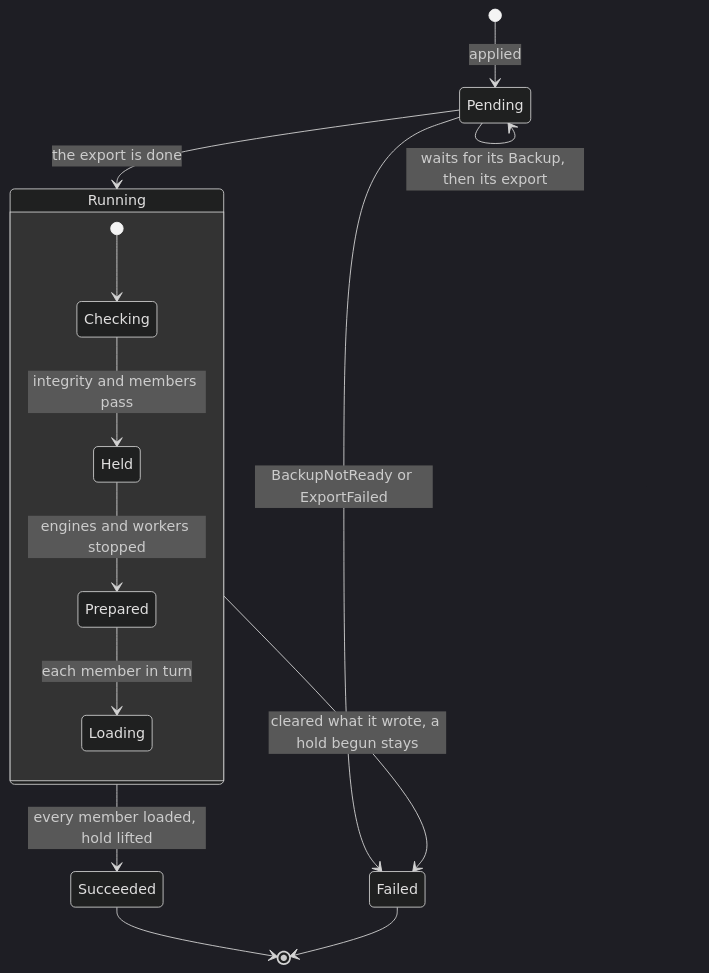
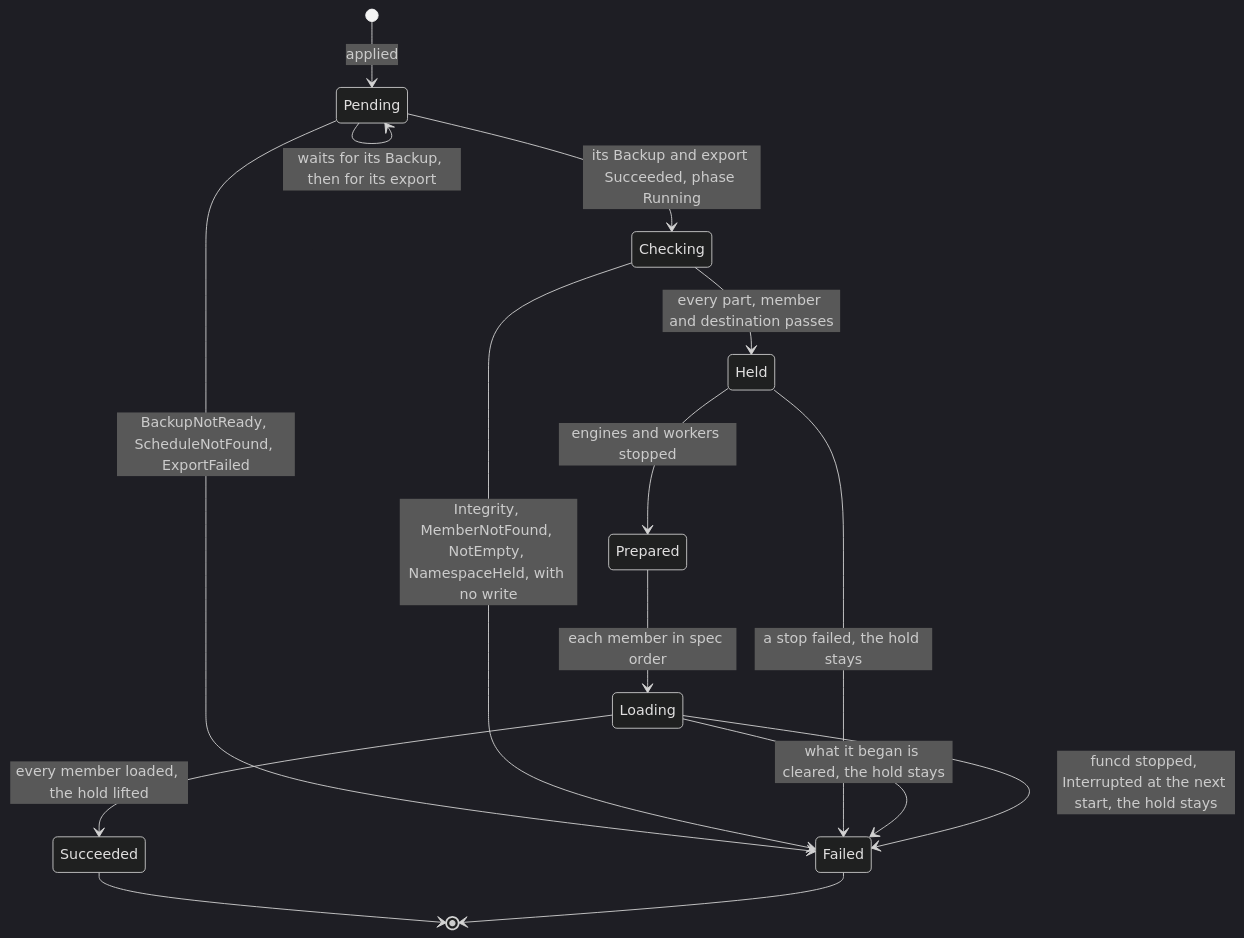
Before and after one commit to pyvvo/funcd: diagram 11 of 14 in docs/BEHAVIOR.md, drawn with Mermaid (dark theme). The commit also changed other lines of this file and 3 other files, not shown here.

````diff
--- a/docs/BEHAVIOR.md
+++ b/docs/BEHAVIOR.md
@@ -697,17 +1152,17 @@
 ```mermaid
 stateDiagram-v2
     [*] --> Pending : applied
-    Pending --> Pending : waits for its Backup, then its export
-    Pending --> Failed : BackupNotReady or ExportFailed
-    Pending --> Running : the export is done
-    state Running {
-        [*] --> Checking
-        Checking --> Held : integrity and members pass
-        Held --> Prepared : engines and workers stopped
-        Prepared --> Loading : each member in turn
-    }
-    Running --> Succeeded : every member loaded, hold lifted
-    Running --> Failed : cleared what it wrote, a hold begun stays
+    Pending --> Pending : waits for its Backup, then for its export
+    Pending --> Failed : BackupNotReady, ScheduleNotFound, ExportFailed
+    Pending --> Checking : its Backup and export Succeeded, phase Running
+    Checking --> Failed : Integrity, MemberNotFound, NotEmpty, NamespaceHeld, with no write
+    Checking --> Held : every part, member and destination passes
+    Held --> Prepared : engines and workers stopped
+    Held --> Failed : a stop failed, the hold stays
+    Prepared --> Loading : each member in spec order
+    Loading --> Succeeded : every member loaded, the hold lifted
+    Loading --> Failed : what it began is cleared, the hold stays
+    Loading --> Failed : funcd stopped, Interrupted at the next start, the hold stays
     Succeeded --> [*]
     Failed --> [*]
 ```
````
